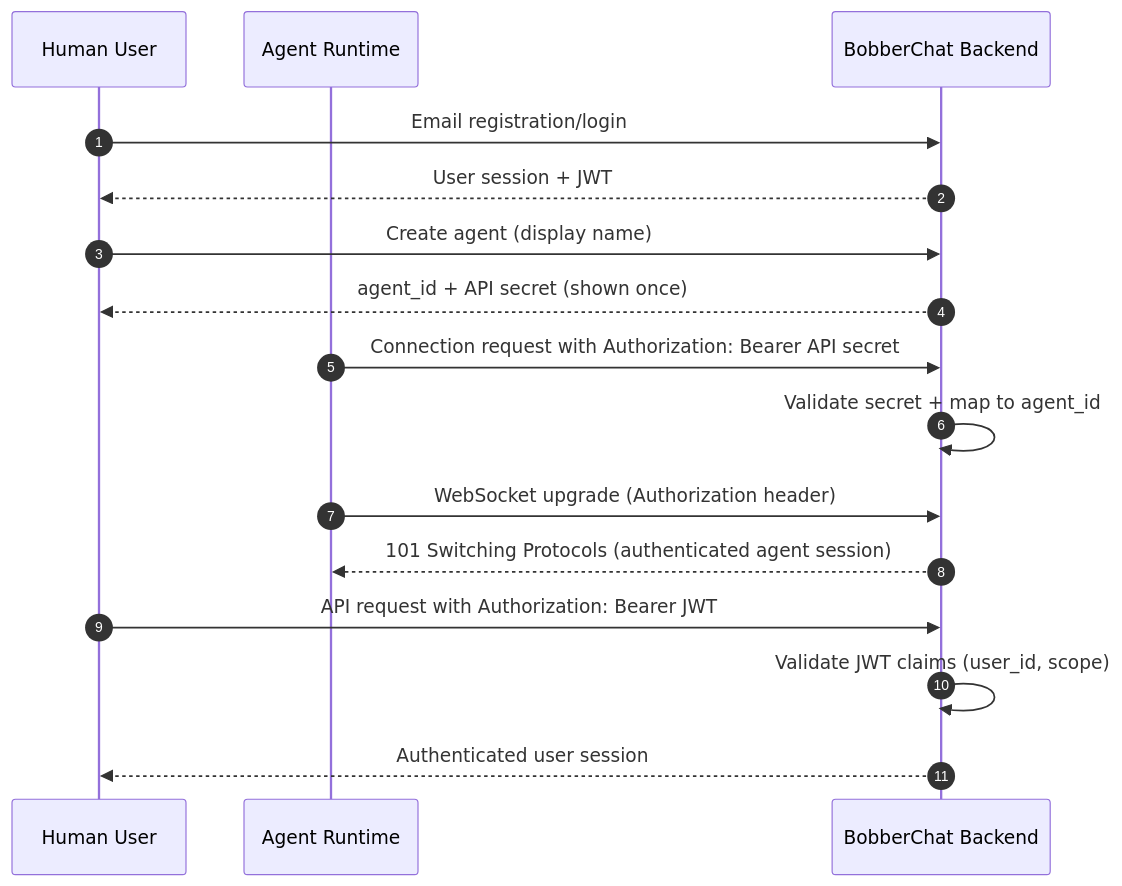
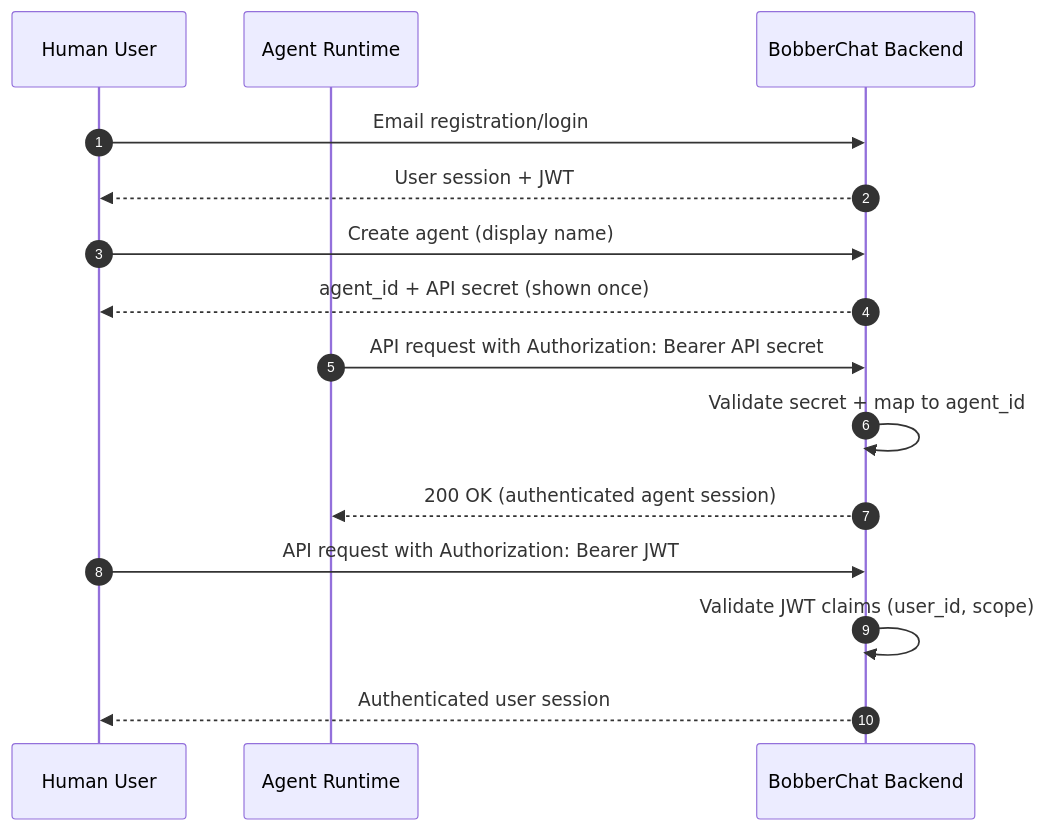
The fourth of 5 diagrams in docs/architecture/design-spec.md (YourBroDuke/bobberchat), drawn with Mermaid before and after one commit. The commit also changed other lines of this file and 3 other files, not shown here.

Commit message:
docs: Remove NATS and WebSocket references; update architecture to direct PostgreSQL persistence and REST polling

````diff
--- a/docs/architecture/design-spec.md
+++ b/docs/architecture/design-spec.md
@@ -541,22 +539,21 @@
 ```mermaid
 sequenceDiagram
     autonumber
     participant U as Human User
     participant A as Agent Runtime
     participant B as BobberChat Backend
 
     U->>B: Email registration/login
     B-->>U: User session + JWT
 
     U->>B: Create agent (display name)
     B-->>U: agent_id + API secret (shown once)
 
-    A->>B: Connection request with Authorization: Bearer API secret
+    A->>B: API request with Authorization: Bearer API secret
     B->>B: Validate secret + map to agent_id
-    A->>B: WebSocket upgrade (Authorization header)
-    B-->>A: 101 Switching Protocols (authenticated agent session)
+    B-->>A: 200 OK (authenticated agent session)
 
     U->>B: API request with Authorization: Bearer JWT
     B->>B: Validate JWT claims (user_id, scope)
     B-->>U: Authenticated user session
 ```
````
